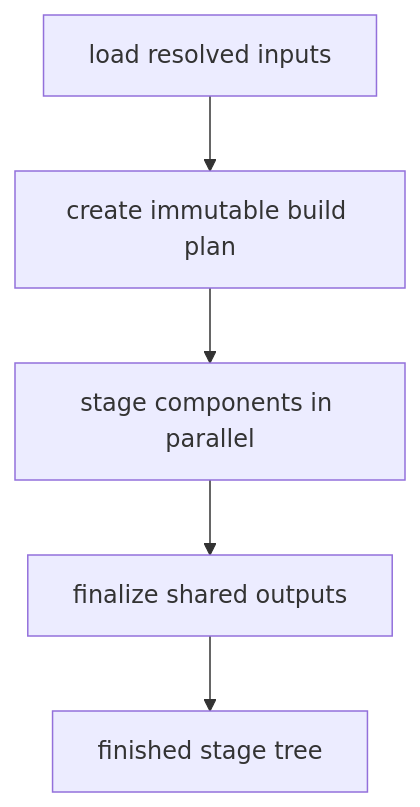
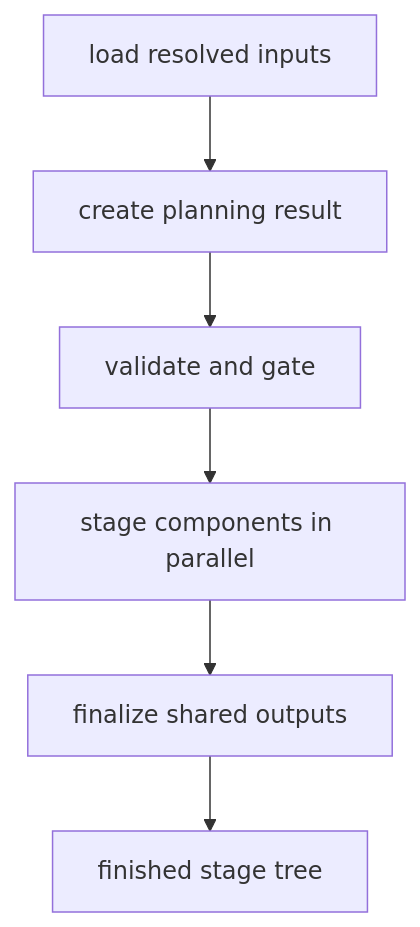
One commit to buildish-tooling/buildish-site-pipeline changed the first of 3 diagrams in docs/v1/build-architecture.md. Above: the diagram before and after it, drawn with Mermaid. The commit also changed other lines of this file and 7 other files, not shown here.

````diff
--- a/docs/v1/build-architecture.md
+++ b/docs/v1/build-architecture.md
@@ -99,7 +110,8 @@
 ```mermaid
 flowchart TD
-    A[load resolved inputs] --> B[create immutable build plan]
-    B --> C[stage components in parallel]
-    C --> D[finalize shared outputs]
-    D --> E[finished stage tree]
+    A[load resolved inputs] --> B[create planning result]
+    B --> C[validate and gate]
+    C --> D[stage components in parallel]
+    D --> E[finalize shared outputs]
+    E --> F[finished stage tree]
 ```
````
